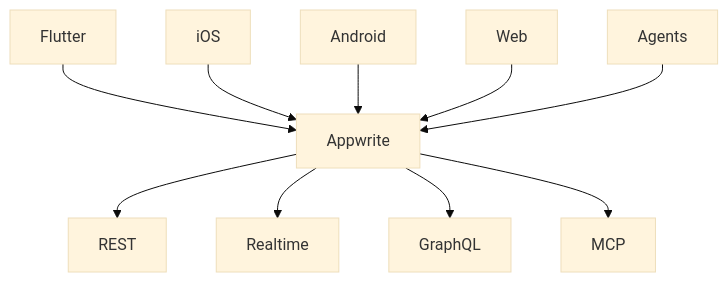
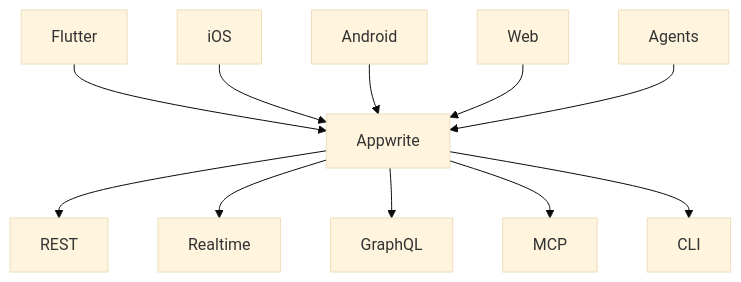
Before and after one commit to appwrite/appwrite: the diagram in README-CN.md, drawn with Mermaid (base theme). The commit also changed 1 other file, not shown here.

Commit message:
docs: add CLI to the Appwrite API row

````diff
--- a/README-CN.md
+++ b/README-CN.md
@@ -215,5 +215,5 @@
 ```mermaid
 flowchart TB
   Flutter & iOS & Android & Web & Agents --> Appwrite
-  Appwrite --> REST & Realtime & GraphQL & MCP
+  Appwrite --> REST & Realtime & GraphQL & MCP & CLI
 ```
````
